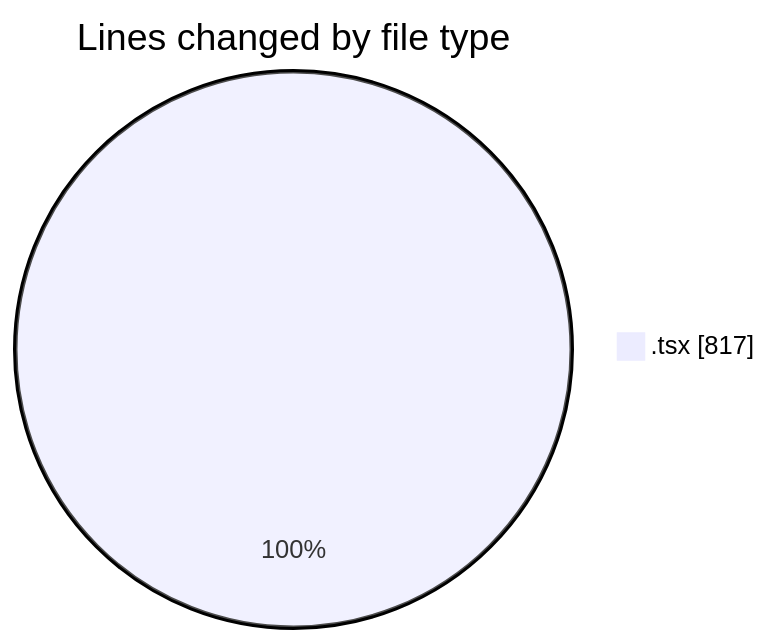
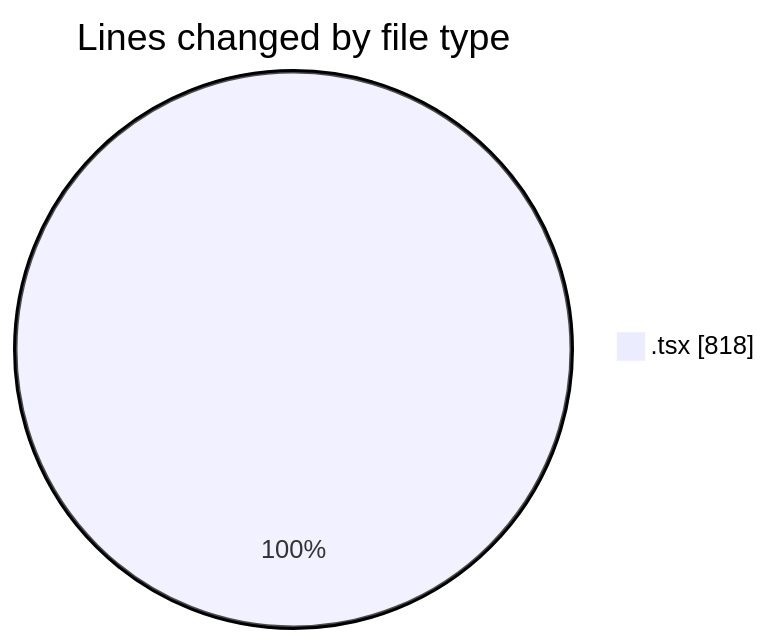
The first of 2 diagrams in 2025-05-28/kimberly-groups/README.md (JenPaints/code-tracking), drawn with Mermaid before and after one commit. The commit also changed other lines of this file and 1 other file, not shown here.

````diff
--- a/2025-05-28/kimberly-groups/README.md
+++ b/2025-05-28/kimberly-groups/README.md
@@ -25,5 +25,5 @@
 ```mermaid
 pie showData
 title Lines changed by file type
-".tsx" : 817
+".tsx" : 818
 ```
````
